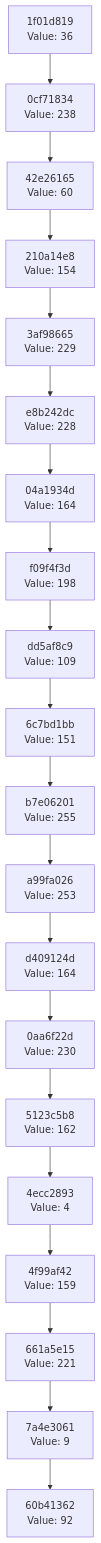
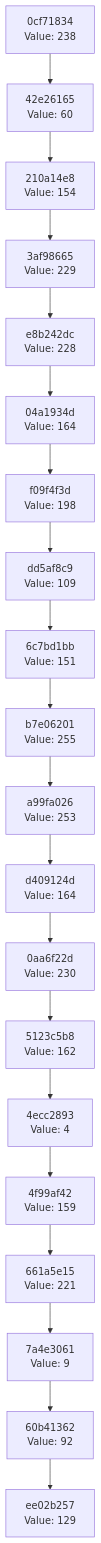
Before and after one commit to Abhisheksinha1506/hash-chain-evolver: the diagram in docs/CHAIN_VISUALIZATION.md, drawn with Mermaid. The commit also changed 2 other files, not shown here.

Commit message:
Evolution Step

````diff
--- a/docs/CHAIN_VISUALIZATION.md
+++ b/docs/CHAIN_VISUALIZATION.md
@@ -3,42 +3,42 @@
 ```mermaid
 graph TD
-    C0["60b41362<br/>Value: 92"]
-    C1["7a4e3061<br/>Value: 9"]
+    C0["ee02b257<br/>Value: 129"]
+    C1["60b41362<br/>Value: 92"]
     C1 --> C0
-    C2["661a5e15<br/>Value: 221"]
+    C2["7a4e3061<br/>Value: 9"]
     C2 --> C1
-    C3["4f99af42<br/>Value: 159"]
+    C3["661a5e15<br/>Value: 221"]
     C3 --> C2
-    C4["4ecc2893<br/>Value: 4"]
+    C4["4f99af42<br/>Value: 159"]
     C4 --> C3
-    C5["5123c5b8<br/>Value: 162"]
+    C5["4ecc2893<br/>Value: 4"]
     C5 --> C4
-    C6["0aa6f22d<br/>Value: 230"]
+    C6["5123c5b8<br/>Value: 162"]
     C6 --> C5
-    C7["d409124d<br/>Value: 164"]
+    C7["0aa6f22d<br/>Value: 230"]
     C7 --> C6
-    C8["a99fa026<br/>Value: 253"]
+    C8["d409124d<br/>Value: 164"]
     C8 --> C7
-    C9["b7e06201<br/>Value: 255"]
+    C9["a99fa026<br/>Value: 253"]
     C9 --> C8
-    C10["6c7bd1bb<br/>Value: 151"]
+    C10["b7e06201<br/>Value: 255"]
     C10 --> C9
-    C11["dd5af8c9<br/>Value: 109"]
+    C11["6c7bd1bb<br/>Value: 151"]
     C11 --> C10
-    C12["f09f4f3d<br/>Value: 198"]
+    C12["dd5af8c9<br/>Value: 109"]
     C12 --> C11
-    C13["04a1934d<br/>Value: 164"]
+    C13["f09f4f3d<br/>Value: 198"]
     C13 --> C12
-    C14["e8b242dc<br/>Value: 228"]
+    C14["04a1934d<br/>Value: 164"]
     C14 --> C13
-    C15["3af98665<br/>Value: 229"]
+    C15["e8b242dc<br/>Value: 228"]
     C15 --> C14
-    C16["210a14e8<br/>Value: 154"]
+    C16["3af98665<br/>Value: 229"]
     C16 --> C15
-    C17["42e26165<br/>Value: 60"]
+    C17["210a14e8<br/>Value: 154"]
     C17 --> C16
-    C18["0cf71834<br/>Value: 238"]
+    C18["42e26165<br/>Value: 60"]
     C18 --> C17
-    C19["1f01d819<br/>Value: 36"]
+    C19["0cf71834<br/>Value: 238"]
     C19 --> C18
 ```
````
